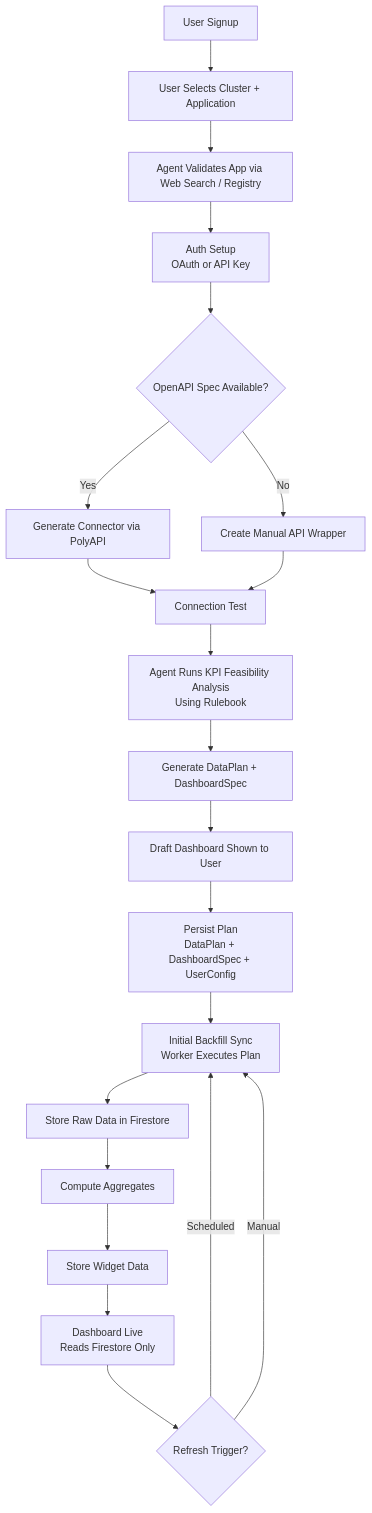
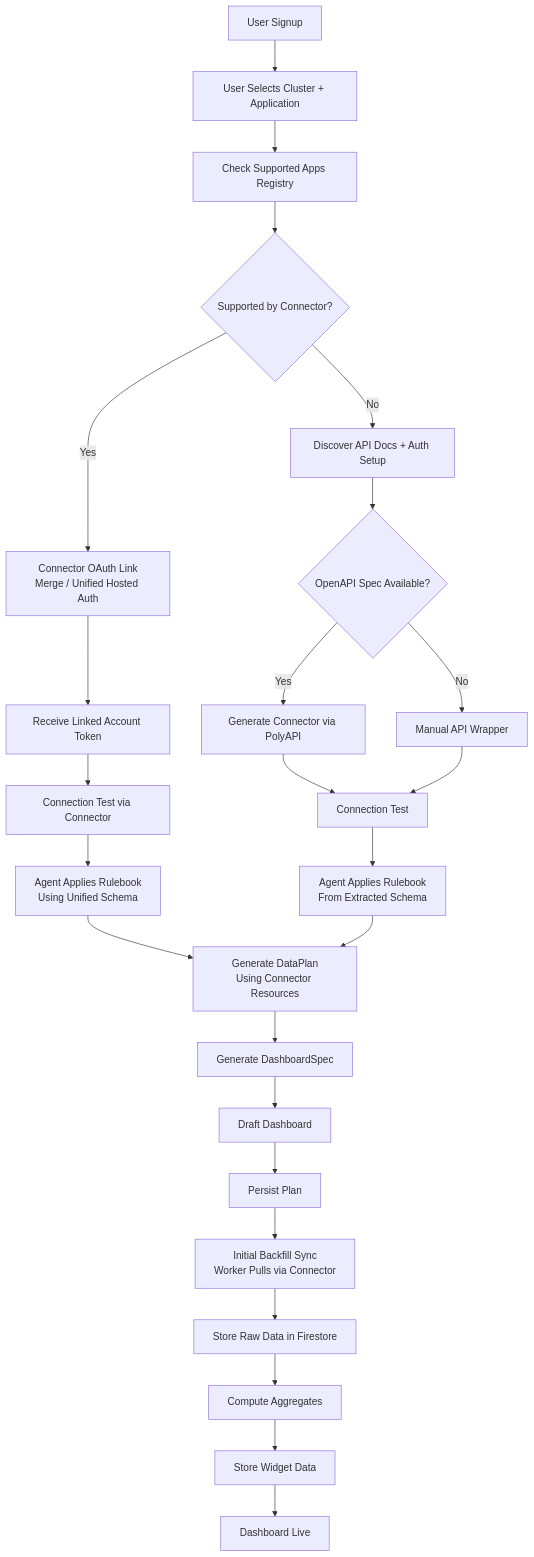
Before and after one commit to subbubana/TimeIT: the second of 2 diagrams in README.md, drawn with Mermaid. The commit also changed other lines of this file, not shown here.

````diff
--- a/README.md
+++ b/README.md
@@ -1,36 +41,49 @@
 ```mermaid
 flowchart TD
 
 A[User Signup] --> B[User Selects Cluster + Application]
 
-B --> C[Agent Validates App via Web Search / Registry]
+B --> C[Check Supported Apps Registry]
 
-C --> D[Auth Setup<br/>OAuth or API Key]
+C --> D{Supported by Connector?}
 
-D --> E{OpenAPI Spec Available?}
+%% CONNECTOR PATH
+D -->|Yes| E[Connector OAuth Link<br/>Merge / Unified Hosted Auth]
 
-E -->|Yes| F[Generate Connector via PolyAPI]
-E -->|No| G[Create Manual API Wrapper]
+E --> F[Receive Linked Account Token]
 
-F --> H[Connection Test]
-G --> H
+F --> G[Connection Test via Connector]
 
-H --> I[Agent Runs KPI Feasibility Analysis<br/>Using Rulebook]
+G --> H[Agent Applies Rulebook<br/>Using Unified Schema]
 
-I --> J[Generate DataPlan + DashboardSpec]
+H --> I[Generate DataPlan<br/>Using Connector Resources]
 
-J --> K[Draft Dashboard Shown to User]
+I --> J[Generate DashboardSpec]
 
-K --> L[Persist Plan<br/>DataPlan + DashboardSpec + UserConfig]
+J --> K[Draft Dashboard]
 
-L --> M[Initial Backfill Sync<br/>Worker Executes Plan]
+K --> L[Persist Plan]
+
+L --> M[Initial Backfill Sync<br/>Worker Pulls via Connector]
 
 M --> N[Store Raw Data in Firestore]
 N --> O[Compute Aggregates]
 O --> P[Store Widget Data]
 
-P --> Q[Dashboard Live<br/>Reads Firestore Only]
-Q --> R{Refresh Trigger?}
-R -->|Scheduled| M
-R -->|Manual| M
+P --> Q[Dashboard Live]
+
+%% FALLBACK PATH
+D -->|No| R[Discover API Docs + Auth Setup]
+
+R --> S{OpenAPI Spec Available?}
+
+S -->|Yes| T[Generate Connector via PolyAPI]
+S -->|No| U[Manual API Wrapper]
+
+T --> V[Connection Test]
+U --> V
+
+V --> W[Agent Applies Rulebook<br/>From Extracted Schema]
+
+W --> I
 ```
````
